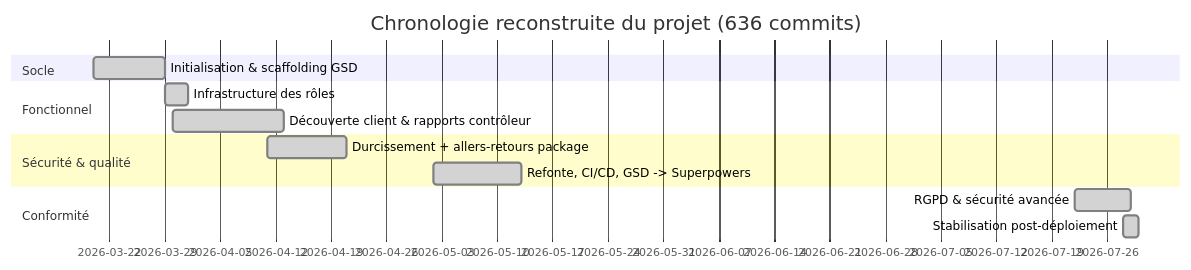
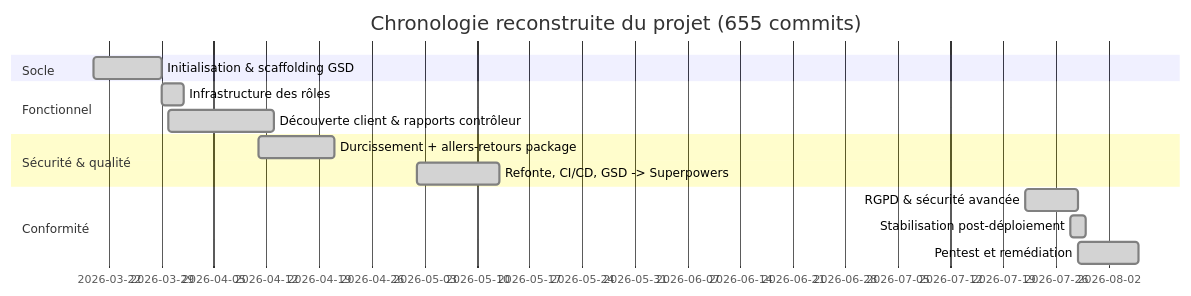
One commit to St4r4x/restaurant-analytics changed the diagram in certification/bloc2-3-dossier-planification-bilan.md. Above: the diagram before and after it, drawn with Mermaid. The commit also changed other lines of this file and 13 other files, not shown here.

````diff
--- a/certification/bloc2-3-dossier-planification-bilan.md
+++ b/certification/bloc2-3-dossier-planification-bilan.md
@@ -27,16 +28,17 @@
 ```mermaid
 gantt
-    title Chronologie reconstruite du projet (636 commits)
+    title Chronologie reconstruite du projet (655 commits)
     dateFormat YYYY-MM-DD
     section Socle
     Initialisation & scaffolding GSD        :done, p0, 2026-03-20, 9d
     section Fonctionnel
     Infrastructure des rôles                :done, p1, 2026-03-29, 3d
     Découverte client & rapports contrôleur :done, p2, 2026-03-30, 14d
     section Sécurité & qualité
     Durcissement + allers-retours package   :done, p3, 2026-04-11, 10d
     Refonte, CI/CD, GSD -> Superpowers       :done, p4, 2026-05-02, 11d
     section Conformité
     RGPD & sécurité avancée                 :done, p5, 2026-07-22, 7d
     Stabilisation post-déploiement          :done, p6, 2026-07-28, 2d
+    Pentest et remédiation                  :done, p7, 2026-07-29, 8d
 ```
````
